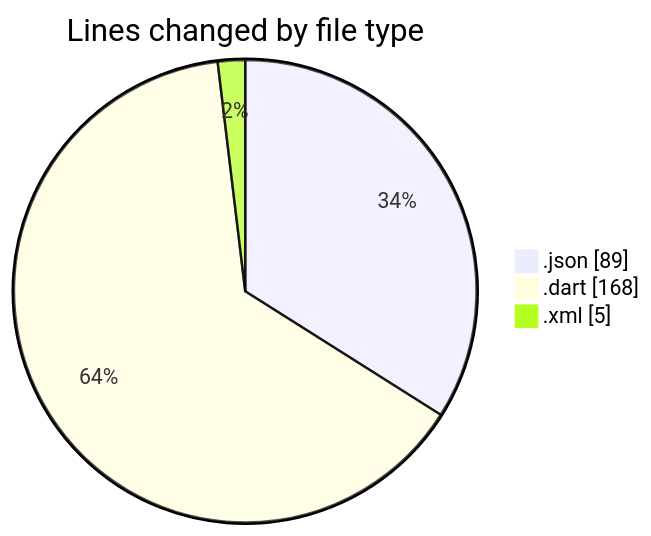
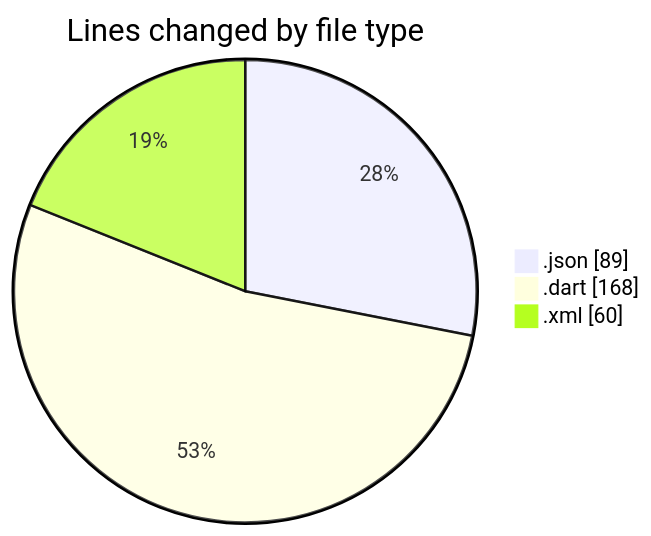
One commit to donsfak/code-tracking changed the first of 2 diagrams in 2025-01-08/maps_clone/README.md. Above: the diagram before and after it, drawn with Mermaid. The commit also changed other lines of this file and 1 other file, not shown here.

````diff
--- a/2025-01-08/maps_clone/README.md
+++ b/2025-01-08/maps_clone/README.md
@@ -22,7 +23,7 @@
 ```mermaid
 pie showData
 title Lines changed by file type
 ".json" : 89
 ".dart" : 168
-".xml" : 5
+".xml" : 60
 ```
````
